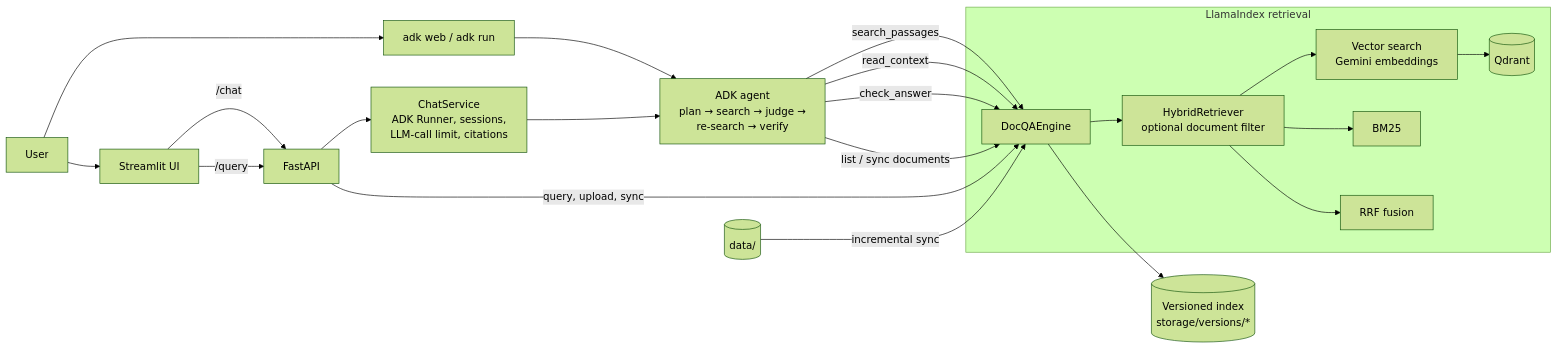
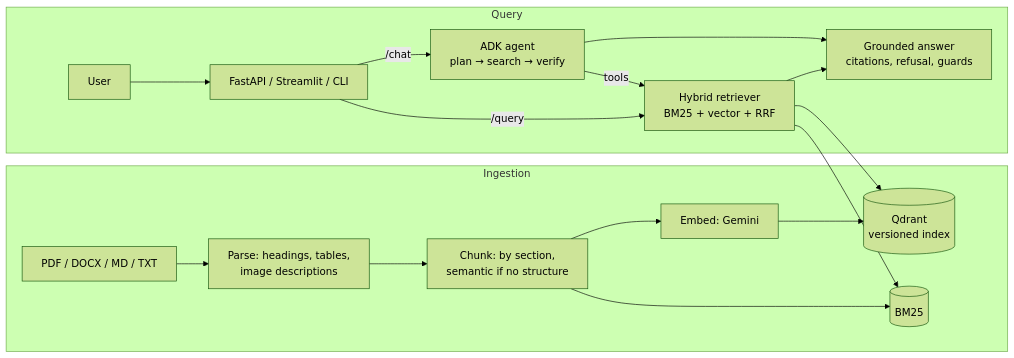
The diagram in README.md (khoazocute/docqa-agentic-rag), drawn with Mermaid (forest theme) before and after one commit. The commit also changed other lines of this file and 3 other files, not shown here.

````diff
--- a/README.md
+++ b/README.md
@@ -12,24 +29,19 @@
 ```mermaid
 flowchart LR
-    U[User] --> UI[Streamlit UI]
-    U --> ADKWEB[adk web / adk run]
-    UI -->|/chat| API[FastAPI]
-    UI -->|/query| API
-    API --> CHAT[ChatService<br/>ADK Runner, sessions,<br/>LLM-call limit, citations]
-    ADKWEB --> AGENT
-    CHAT --> AGENT[ADK agent<br/>plan → search → judge →<br/>re-search → verify]
-    AGENT -->|search_passages| ENGINE
-    AGENT -->|read_context| ENGINE
-    AGENT -->|check_answer| ENGINE
-    AGENT -->|list / sync documents| ENGINE
-    API -->|query, upload, sync| ENGINE[DocQAEngine]
-    subgraph RAG[LlamaIndex retrieval]
-      ENGINE --> RET[HybridRetriever<br/>optional document filter]
-      RET --> VEC[Vector search<br/>Gemini embeddings]
-      RET --> BM25[BM25]
-      RET --> RRF[RRF fusion]
-      VEC --> QD[(Qdrant)]
+    subgraph Ingestion
+      F[PDF / DOCX / MD / TXT] --> P[Parse: headings, tables,<br/>image descriptions]
+      P --> C[Chunk: by section,<br/>semantic if no structure]
+      C --> E[Embed: Gemini] --> Q[(Qdrant<br/>versioned index)]
+      C --> B[(BM25)]
     end
-    ENGINE --> STORE[(Versioned index<br/>storage/versions/*)]
-    DATA[(data/)] -->|incremental sync| ENGINE
+    subgraph Query
+      U[User] --> API[FastAPI / Streamlit / CLI]
+      API -->|/query| R[Hybrid retriever<br/>BM25 + vector + RRF]
+      API -->|/chat| A[ADK agent<br/>plan → search → verify]
+      A -->|tools| R
+      R --> Q
+      R --> B
+      R --> G[Grounded answer<br/>citations, refusal, guards]
+      A --> G
+    end
 ```
````
